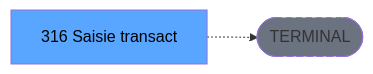
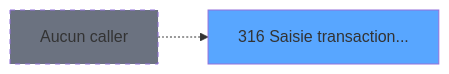
The second of 3 diagrams in .openspec/specs/ADH-IDE-316.md (thonyAGP/magic-migration), drawn with Mermaid before and after one commit. The commit also changed other lines of this file and 20 other files, not shown here.

````diff
--- a/.openspec/specs/ADH-IDE-316.md
+++ b/.openspec/specs/ADH-IDE-316.md
@@ -162,8 +4843,8 @@
 ```mermaid
 graph LR
-    T[316 Saisie transact]
-    TERM([TERMINAL])
-    T -.-> TERM
-    style TERM fill:#6b7280,stroke-dasharray: 5 5
-    style T fill:#58a6ff,color:#000
+    T316[316 Saisie transaction...]
+    style T316 fill:#58a6ff
+    NONE[Aucun caller]
+    NONE -.-> T316
+    style NONE fill:#6b7280,stroke-dasharray: 5 5
 ```
````
